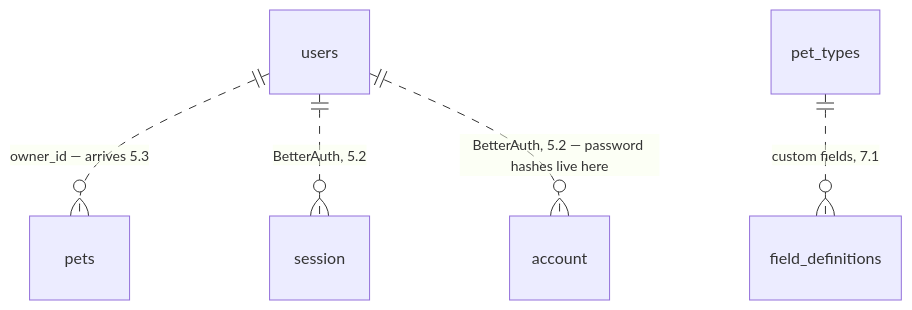
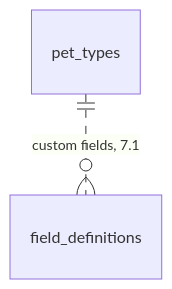
One commit to Mezran/petlife changed the second of 2 diagrams in .docs/db/domain-model.md. Above: the diagram before and after it, drawn with Mermaid. The commit also changed other lines of this file and 3 other files, not shown here.

Commit message:
feat: owner scoped pets behind requireAuth

````diff
--- a/.docs/db/domain-model.md
+++ b/.docs/db/domain-model.md
@@ -72,7 +74,4 @@
 ```mermaid
 erDiagram
-    users ||..o{ pets : "owner_id — arrives 5.3"
-    users ||..o{ session : "BetterAuth, 5.2"
-    users ||..o{ account : "BetterAuth, 5.2 — password hashes live here"
     pet_types ||..o{ field_definitions : "custom fields, 7.1"
 ```
````
